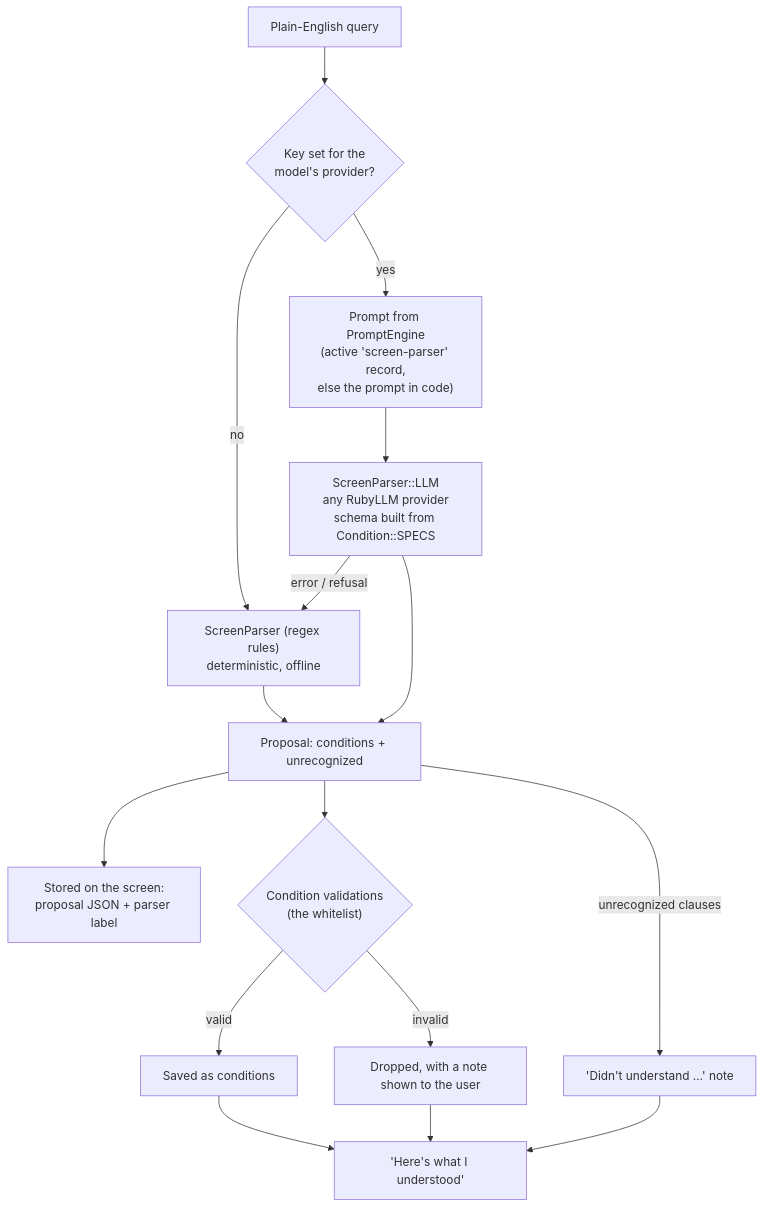
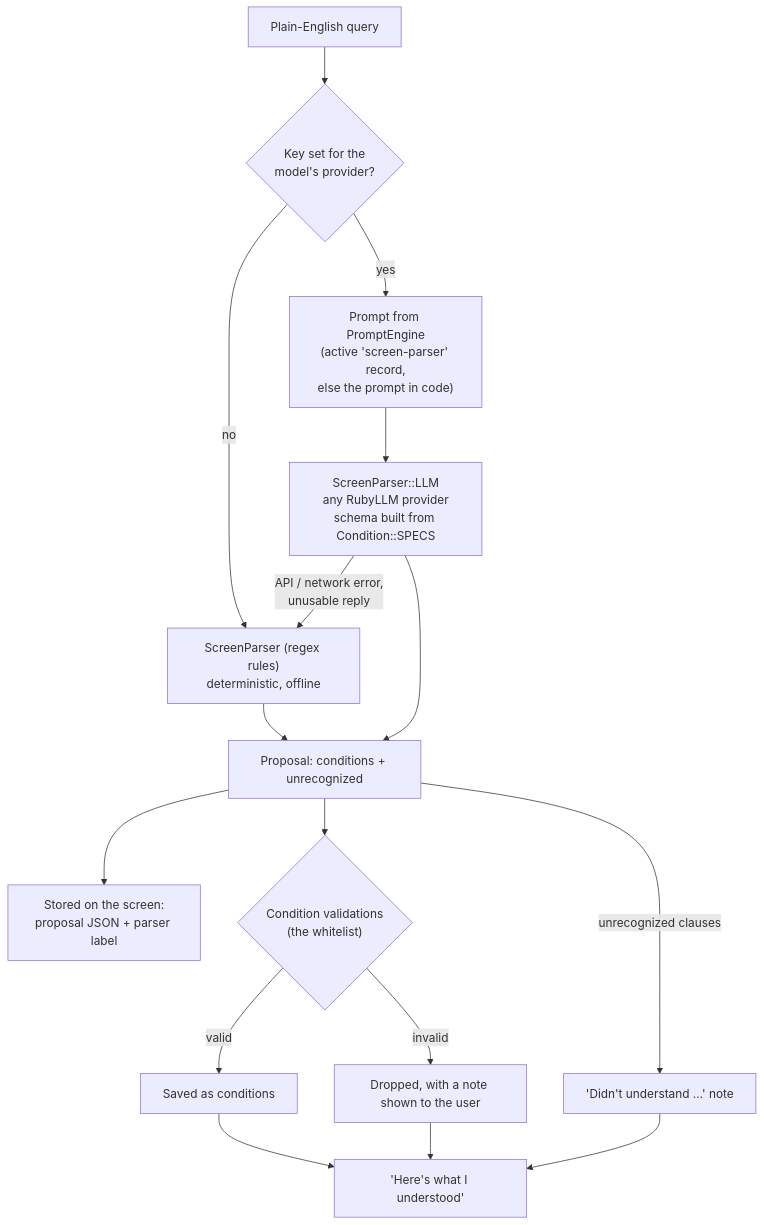
Before and after one commit to henryzhangpku/rails-nl-screen: the fourth of 7 diagrams in docs/ARCHITECTURE.md, drawn with Mermaid. The commit also changed other lines of this file, not shown here.

First line of the commit message:
Architecture notes: match the code after the review fixes

````diff
--- a/docs/ARCHITECTURE.md
+++ b/docs/ARCHITECTURE.md
@@ -258,18 +259,18 @@
 ```mermaid
 flowchart TD
   T["Plain-English query"] --> E{"Key set for the<br/>model's provider?"}
   E -- no --> R["ScreenParser (regex rules)<br/>deterministic, offline"]
   E -- yes --> P["Prompt from PromptEngine<br/>(active 'screen-parser' record,<br/>else the prompt in code)"]
   P --> L["ScreenParser::LLM<br/>any RubyLLM provider<br/>schema built from Condition::SPECS"]
-  L -- "error / refusal" --> R
+  L -- "API / network error,<br/>unusable reply" --> R
   L --> PR["Proposal: conditions + unrecognized"]
   R --> PR
   PR --> AU["Stored on the screen:<br/>proposal JSON + parser label"]
   PR --> V{"Condition validations<br/>(the whitelist)"}
   V -- valid --> K["Saved as conditions"]
   V -- invalid --> N["Dropped, with a note shown to the user"]
   PR -- unrecognized clauses --> N2["'Didn't understand …' note"]
   K --> UI["'Here's what I understood'"]
   N --> UI
   N2 --> UI
 ```
````
